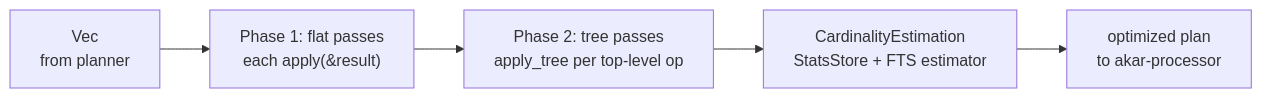
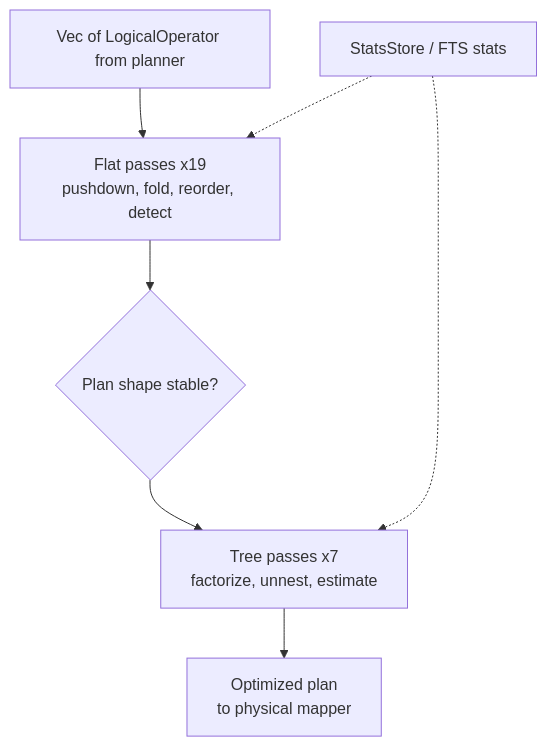
One commit to mlengse/akar changed the diagram in .terrain/human/4.Deep-Exploration/optimizer.md. Above: the diagram before and after it, drawn with Mermaid. The commit also changed other lines of this file and 29 other files, not shown here.

````diff
--- a/.terrain/human/4.Deep-Exploration/optimizer.md
+++ b/.terrain/human/4.Deep-Exploration/optimizer.md
@@ -45,7 +44,9 @@
 ```mermaid
-flowchart LR
-    A["Vec<LogicalOperator><br/>from planner"] --> B["Phase 1: flat passes<br/>each apply(&result)"]
-    B --> C["Phase 2: tree passes<br/>apply_tree per top-level op"]
-    C --> D["CardinalityEstimation<br/>StatsStore + FTS estimator"]
-    D --> E["optimized plan<br/>to akar-processor"]
+flowchart TD
+    A["Vec of LogicalOperator from planner"] --> B["Flat passes x19<br/>pushdown, fold, reorder, detect"]
+    B --> C{"Plan shape stable?"}
+    C --> D["Tree passes x7<br/>factorize, unnest, estimate"]
+    D --> E["Optimized plan<br/>to physical mapper"]
+    F["StatsStore / FTS stats"] -.-> B
+    F -.-> D
 ```
````
